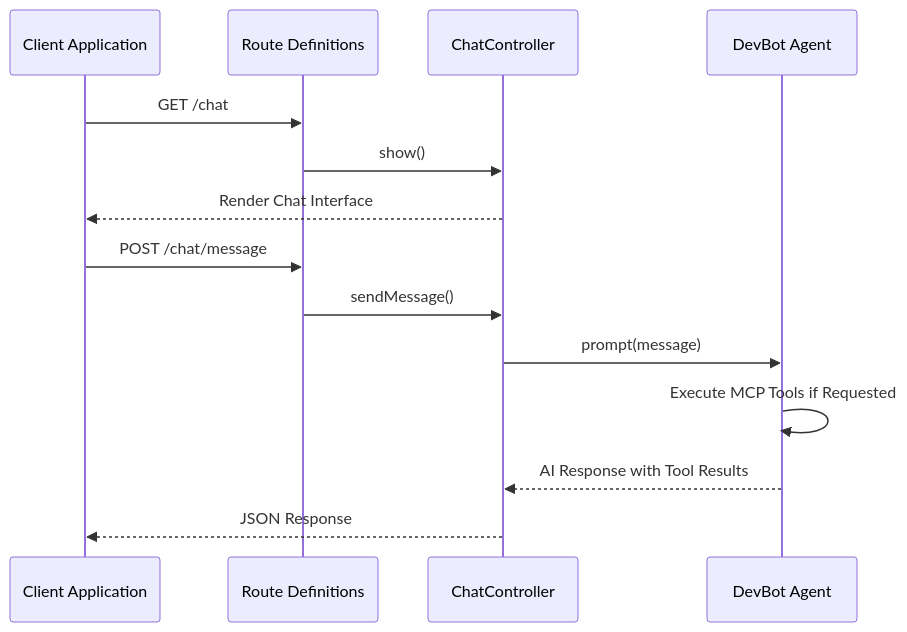
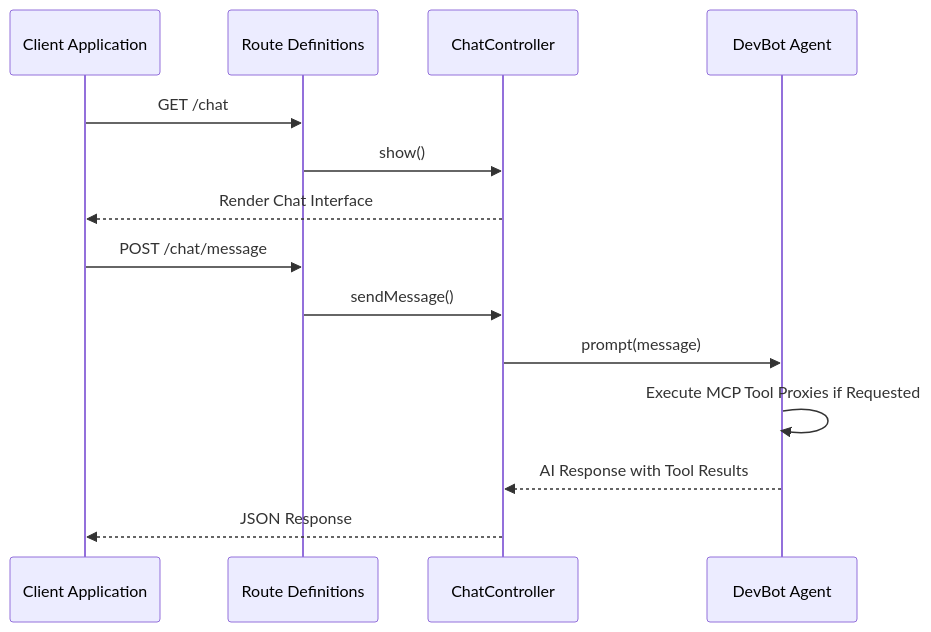
Diagram 18 of 20 in .qoder/repowiki/en/content/AI Integration System/Agent System/DevBot AI Agent System.md (siimliimand/laravel-assistant), drawn with Mermaid before and after one commit. The commit also changed other lines of this file and 7 other files, not shown here.

First line of the commit message:
feat(mcp-client): integrate MCP protocol client service for DevBot AI agent tools

````diff
--- a/.qoder/repowiki/en/content/AI Integration System/Agent System/DevBot AI Agent System.md
+++ b/.qoder/repowiki/en/content/AI Integration System/Agent System/DevBot AI Agent System.md
@@ -618,16 +754,16 @@
 ```mermaid
 sequenceDiagram
 participant Client as Client Application
 participant Routes as Route Definitions
 participant Controller as ChatController
 participant Agent as DevBot Agent
 Client->>Routes : GET /chat
 Routes->>Controller : show()
 Controller-->>Client : Render Chat Interface
 Client->>Routes : POST /chat/message
 Routes->>Controller : sendMessage()
 Controller->>Agent : prompt(message)
-Agent->>Agent : Execute MCP Tools if Requested
+Agent->>Agent : Execute MCP Tool Proxies if Requested
 Agent-->>Controller : AI Response with Tool Results
 Controller-->>Client : JSON Response
 ```
````
